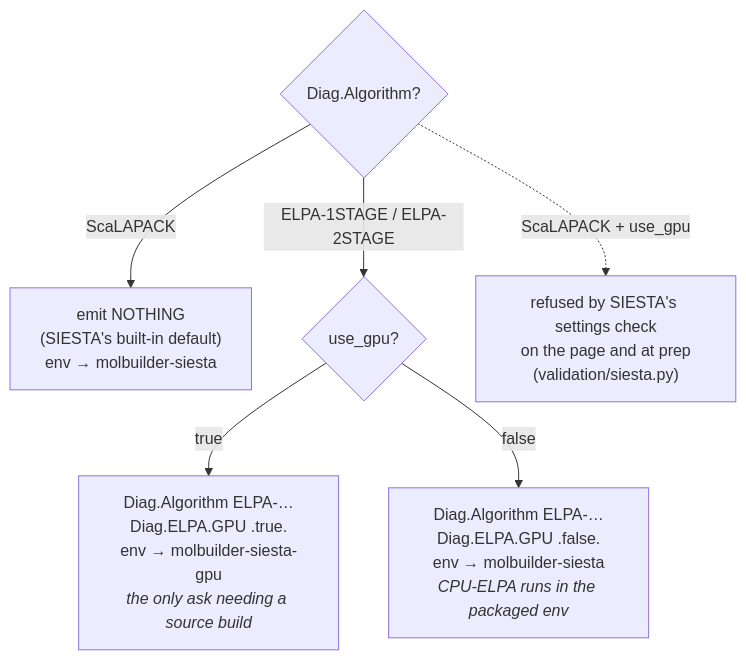
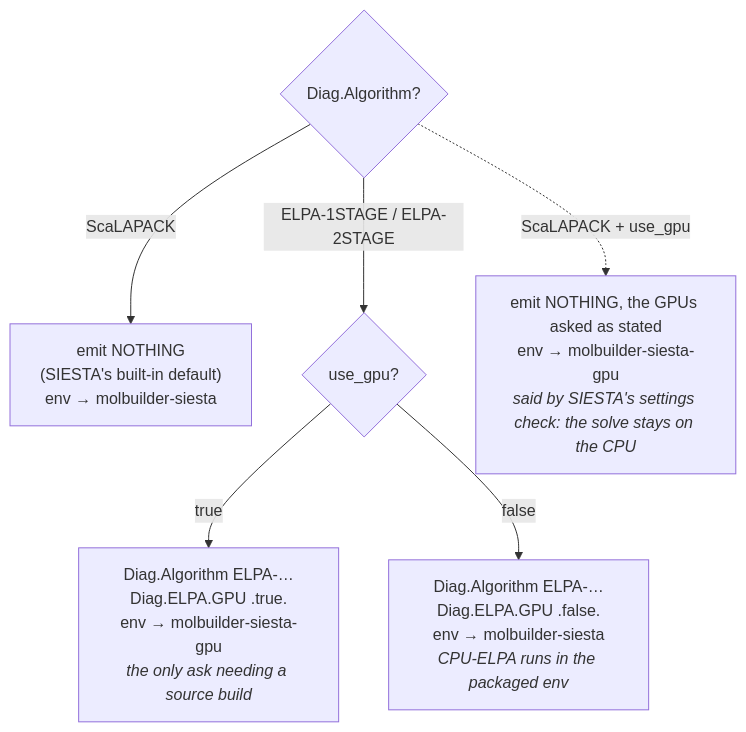
The third of 3 diagrams in docs/engines/siesta.md (Qing-LAB/molbuilder), drawn with Mermaid before and after one commit. The commit also changed other lines of this file and 11 other files, not shown here.

First line of the commit message:
2.64.1: a SIESTA GPU run on ScaLAPACK is said, never refused

````diff
--- a/docs/engines/siesta.md
+++ b/docs/engines/siesta.md
@@ -515,9 +515,9 @@
 ```mermaid
 flowchart TD
     A{"Diag.Algorithm?"}
     A -->|ScaLAPACK| S["emit NOTHING<br/>(SIESTA's built-in default)<br/>env → molbuilder-siesta"]
     A -->|"ELPA-1STAGE / ELPA-2STAGE"| G{"use_gpu?"}
     G -->|"true"| GPU["Diag.Algorithm ELPA-…<br/>Diag.ELPA.GPU .true.<br/>env → molbuilder-siesta-gpu<br/><i>the only ask needing a source build</i>"]
     G -->|"false"| CPU["Diag.Algorithm ELPA-…<br/>Diag.ELPA.GPU .false.<br/>env → molbuilder-siesta<br/><i>CPU-ELPA runs in the packaged env</i>"]
-    A -.->|"ScaLAPACK + use_gpu"| ERR["refused by SIESTA's settings check<br/>on the page and at prep<br/>(validation/siesta.py)"]
+    A -.->|"ScaLAPACK + use_gpu"| SAID["emit NOTHING, the GPUs asked as stated<br/>env → molbuilder-siesta-gpu<br/><i>said by SIESTA's settings check: the solve stays on the CPU</i>"]
 ```
````
